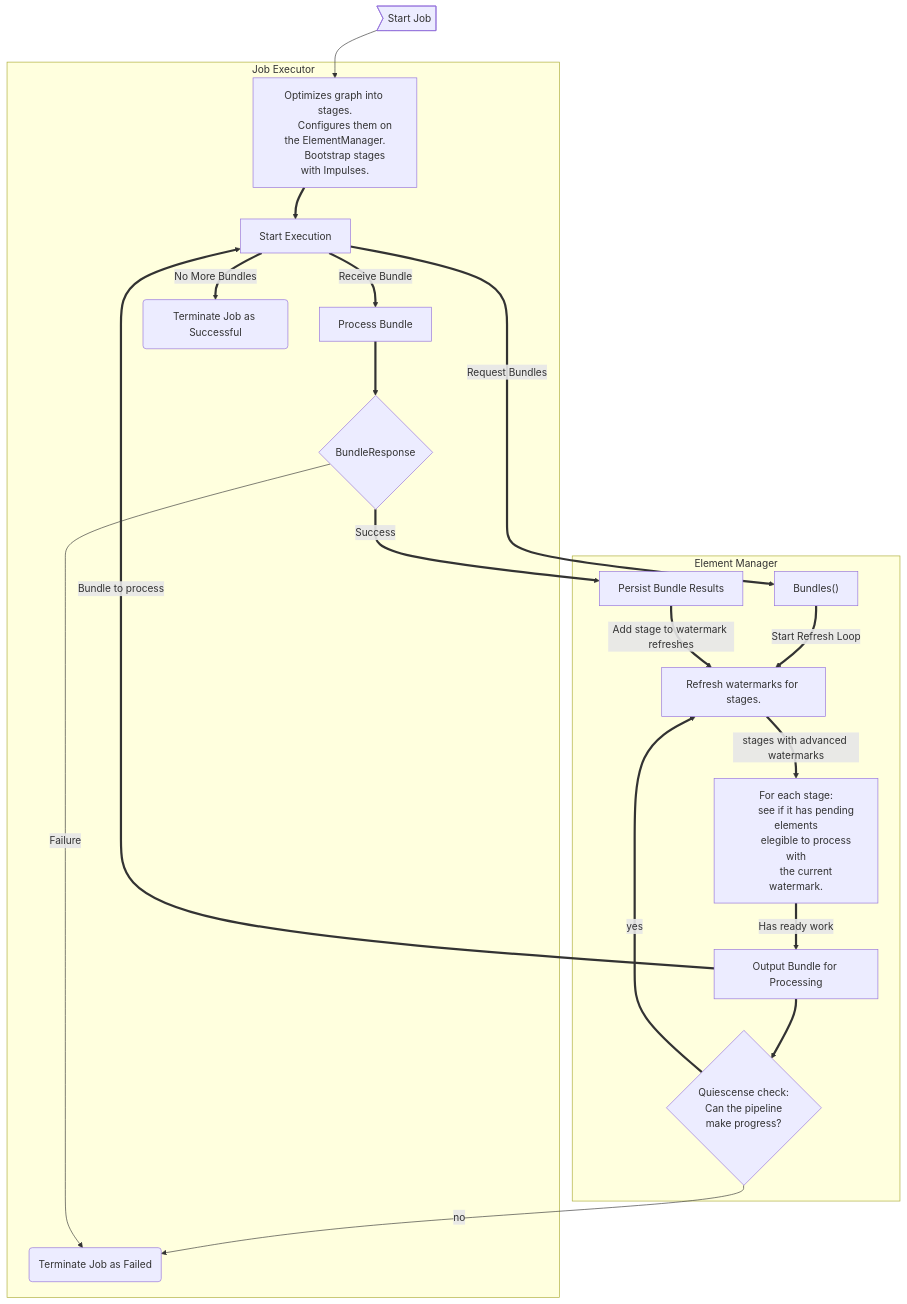
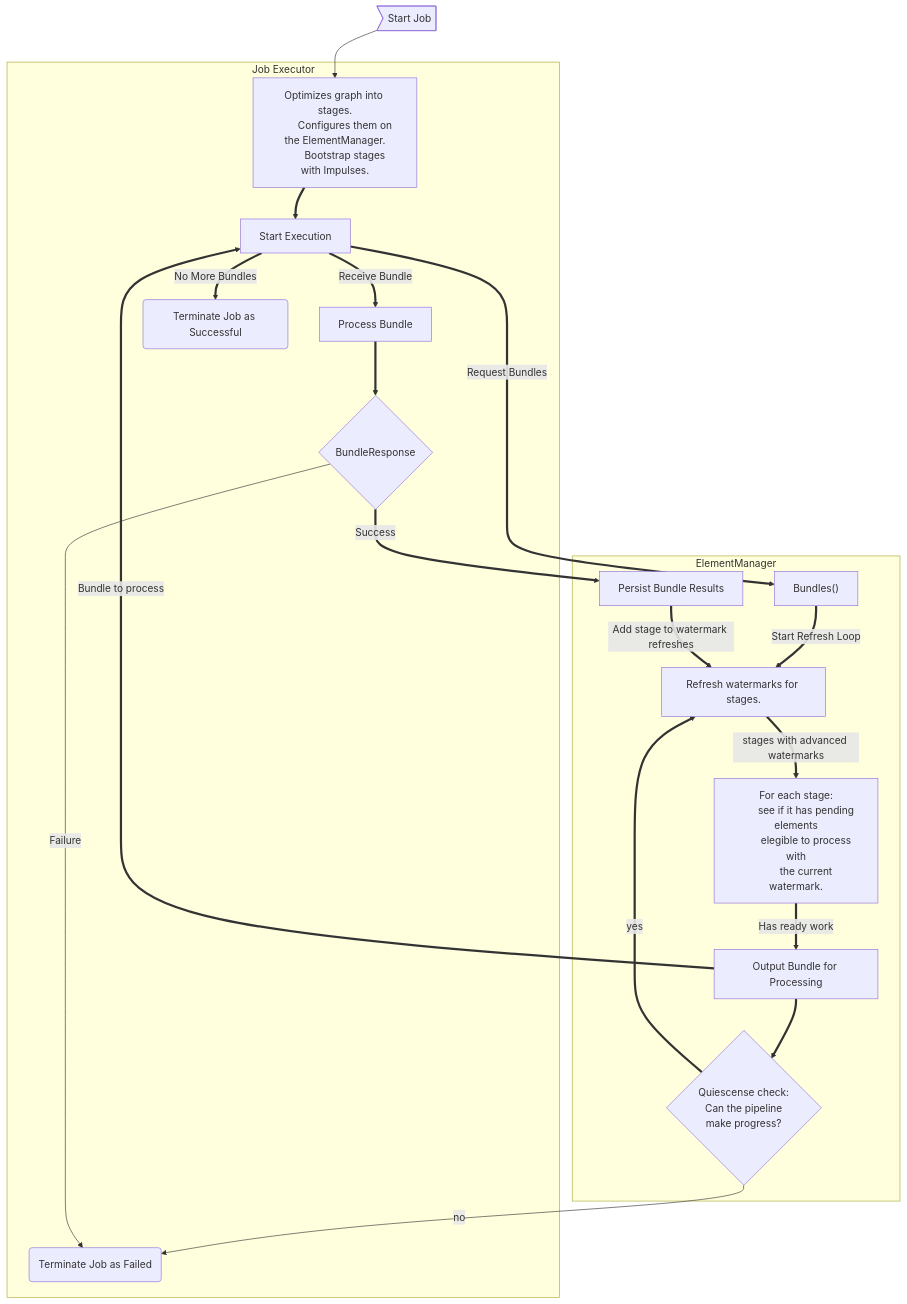
One commit to apache/beam changed the second of 3 diagrams in sdks/go/pkg/beam/runners/prism/internal/README.md. Above: the diagram before and after it, drawn with Mermaid. The commit also changed other lines of this file, not shown here.

````diff
--- a/sdks/go/pkg/beam/runners/prism/internal/README.md
+++ b/sdks/go/pkg/beam/runners/prism/internal/README.md
@@ -172,69 +172,69 @@
 ```mermaid
 graph TD;
     Start>Start Job]
     subgraph X [Job Executor]
     Build["
         Optimizes graph into stages.
         Configures them on the ElementManager.
         Bootstrap stages with Impulses.
     "]
     ExecuteBundles["Start Execution"]
     Process["
         Process Bundle
     "]
     BundleResponse{"
        BundleResponse
     "}
     Success("
         Terminate Job as Successful
     ")
     Failed("
         Terminate Job as Failed
     ")
     end
-    subgraph EM [Element Manager]
+    subgraph EM [ElementManager]
     Bundles["
         Bundles()
     "]
     Refresh["
         Refresh watermarks for stages.
     "]
     CheckReady["
         For each stage:
         see if it has pending elements
         elegible to process with
         the current watermark.
     "]
     Emit["
       Output Bundle for Processing
     "]
     Quiescense{"
       Quiescense check:
       Can the pipeline
       make progress?
     "}
     Persist["
         Persist Bundle Results
     "]
     end
 
     Start-->Build
     Build==>ExecuteBundles
     ExecuteBundles== Request Bundles ==>Bundles
     ExecuteBundles== Receive Bundle ==> Process
     ExecuteBundles== No More Bundles ==>Success
     Bundles== Start Refresh Loop ==>Refresh
     Refresh== stages with advanced watermarks ==>CheckReady
     CheckReady== "Has ready work" ==>Emit
     Emit ==> Quiescense
     Quiescense== yes ==>Refresh
     Quiescense-- no -->Failed
     Emit== Bundle to process==>ExecuteBundles
     BundleResponse == "Success" ==> Persist
     BundleResponse -- "Failure" --> Failed
     Process ==> BundleResponse
     Persist == Add stage to watermark refreshes ==> Refresh
 
     Start ~~~ Bundles
     Build ~~~ Bundles
 ```
````
